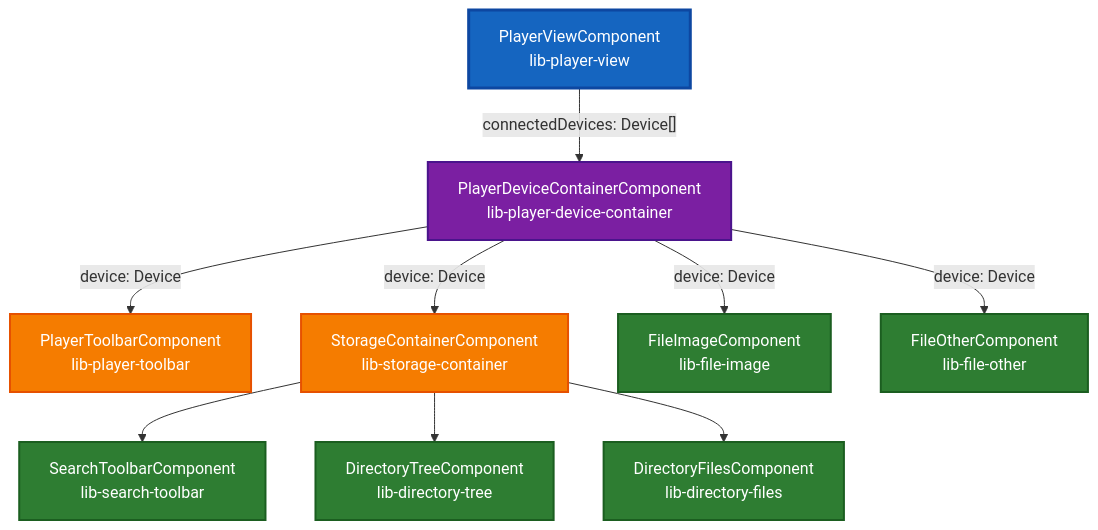
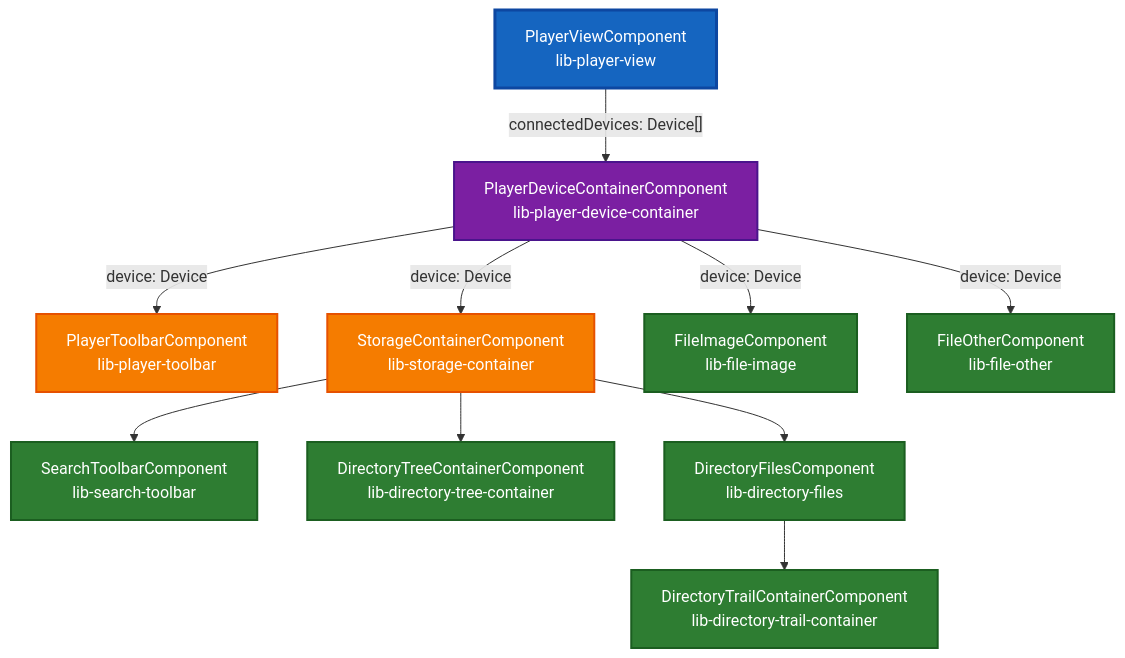
The first of 2 diagrams in src/libs/features/player/src/PLAYER_COMPONENTS.md (MetalHexx/TeensyROM-Web), drawn with Mermaid before and after one commit. The commit also changed other lines of this file and 51 other files, not shown here.

````diff
--- a/src/libs/features/player/src/PLAYER_COMPONENTS.md
+++ b/src/libs/features/player/src/PLAYER_COMPONENTS.md
@@ -7,25 +7,27 @@
 ```mermaid
 graph TD
     PV[PlayerViewComponent<br/>lib-player-view]
 
     PV --> |"connectedDevices: Device[]"| PDC[PlayerDeviceContainerComponent<br/>lib-player-device-container]
 
     PDC --> |"device: Device"| PT[PlayerToolbarComponent<br/>lib-player-toolbar]
     PDC --> |"device: Device"| SC[StorageContainerComponent<br/>lib-storage-container]
     PDC --> |"device: Device"| FI[FileImageComponent<br/>lib-file-image]
     PDC --> |"device: Device"| FO[FileOtherComponent<br/>lib-file-other]
 
     SC --> ST[SearchToolbarComponent<br/>lib-search-toolbar]
-    SC --> DT[DirectoryTreeComponent<br/>lib-directory-tree]
+    SC --> DTC[DirectoryTreeContainerComponent<br/>lib-directory-tree-container]
     SC --> DF[DirectoryFilesComponent<br/>lib-directory-files]
+
+    DF --> DTRC[DirectoryTrailContainerComponent<br/>lib-directory-trail-container]
 
     classDef rootComponent fill:#1565c0,stroke:#0d47a1,stroke-width:3px,color:#ffffff
     classDef containerComponent fill:#7b1fa2,stroke:#4a148c,stroke-width:2px,color:#ffffff
     classDef leafComponent fill:#2e7d32,stroke:#1b5e20,stroke-width:2px,color:#ffffff
     classDef storageComponent fill:#f57c00,stroke:#e65100,stroke-width:2px,color:#ffffff
 
     class PV rootComponent
     class PDC containerComponent
     class SC,PT storageComponent
-    class FI,FO,ST,DT,DF leafComponent
+    class FI,FO,ST,DTC,DF,DTRC leafComponent
 ```
````
